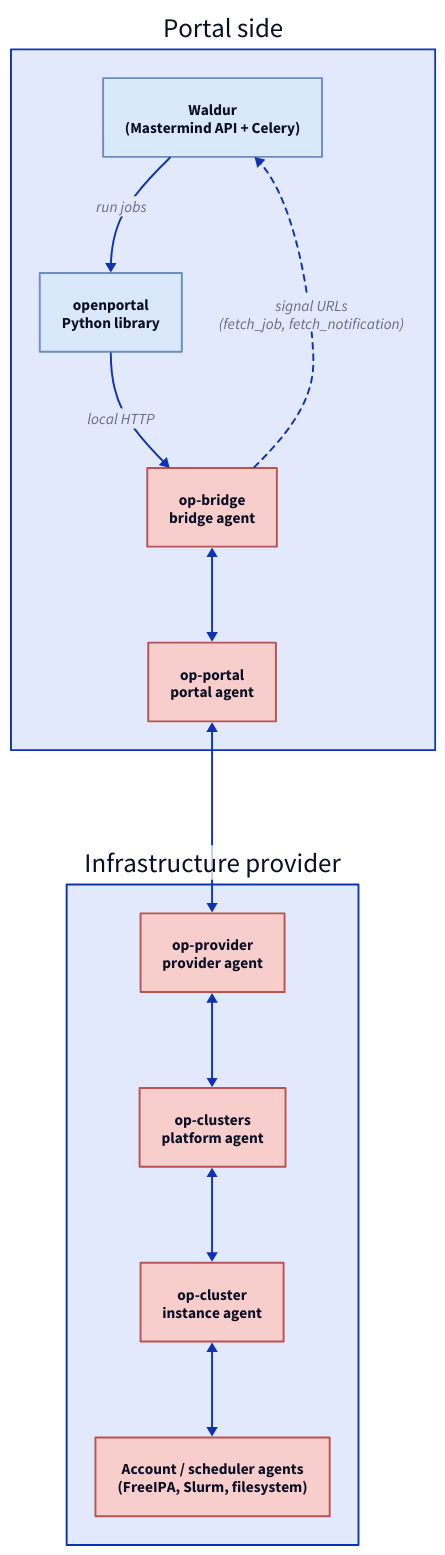
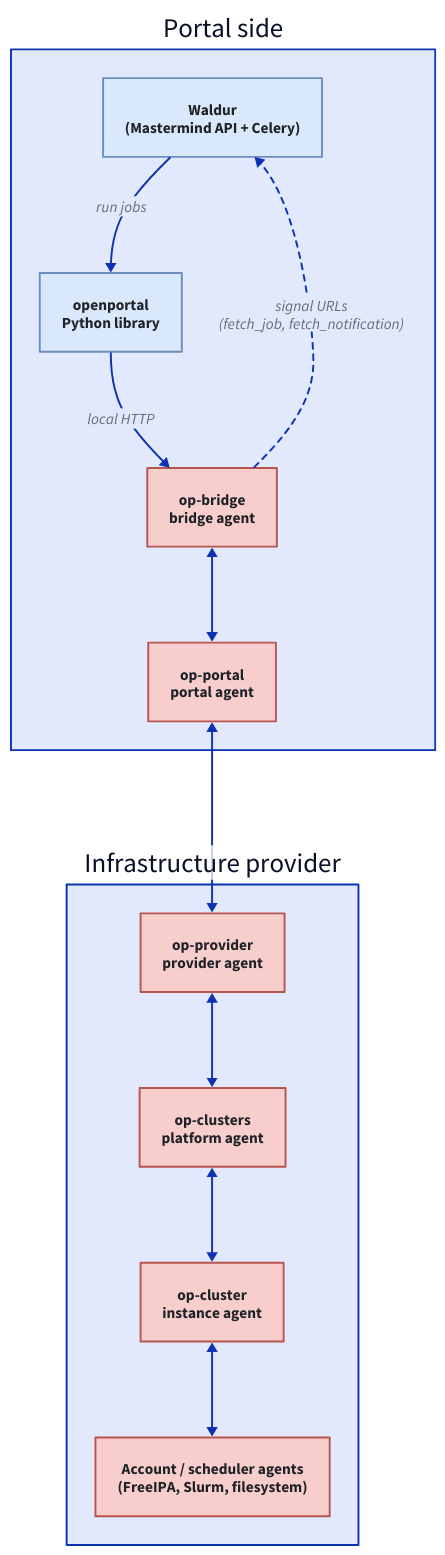
One commit to waldur/waldur-docs changed the diagram in docs/admin-guide/providers/openportal-integration.md. Above: the diagram before and after it, drawn with D2. The commit also changed 51 other files, not shown here.

Commit message:
Group docs navigation into reader-task tabs, fix dead links and unreadable diagrams [#30] [#31]

````diff
--- a/docs/admin-guide/providers/openportal-integration.md
+++ b/docs/admin-guide/providers/openportal-integration.md
@@ -27,32 +27,32 @@
 ```d2
 direction: down
 classes: {
-  waldur: { style: { fill: "#dae8fc"; stroke: "#6c8ebf" } }
-  agent:  { style: { fill: "#f8cecc"; stroke: "#b85450" } }
+  waldur: { style: { fill: "#dae8fc"; font-color: "#1f2328"; stroke: "#6c8ebf" } }
+  agent:  { style: { fill: "#f8cecc"; font-color: "#1f2328"; stroke: "#b85450" } }
 }
 
 portal_side: Portal side {
   waldur: Waldur\n(Mastermind API + Celery) { class: waldur }
   lib: openportal\nPython library { class: waldur }
   bridge: op-bridge\nbridge agent { class: agent }
   portal: op-portal\nportal agent { class: agent }
 
   waldur -> lib: run jobs
   lib -> bridge: local HTTP
   bridge -> waldur: signal URLs\n(fetch_job, fetch_notification) { style.stroke-dash: 3 }
   bridge <-> portal
 }
 
 provider_side: Infrastructure provider {
   provider: op-provider\nprovider agent { class: agent }
   platform: op-clusters\nplatform agent { class: agent }
   instance: op-cluster\ninstance agent { class: agent }
   leaf: Account / scheduler agents\n(FreeIPA, Slurm, filesystem) { class: agent }
 
   provider <-> platform
   platform <-> instance
   instance <-> leaf
 }
 
 portal_side.portal <-> provider_side.provider
 ```
````
